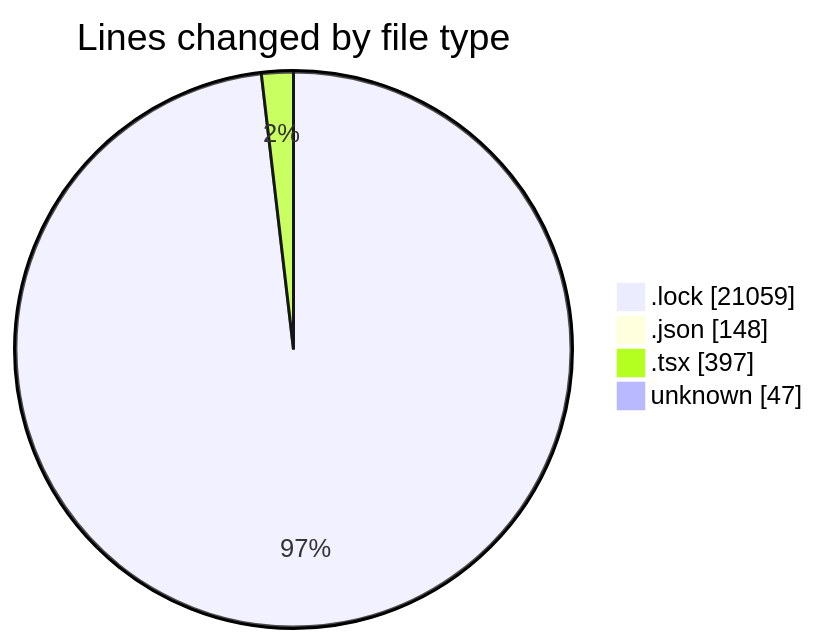
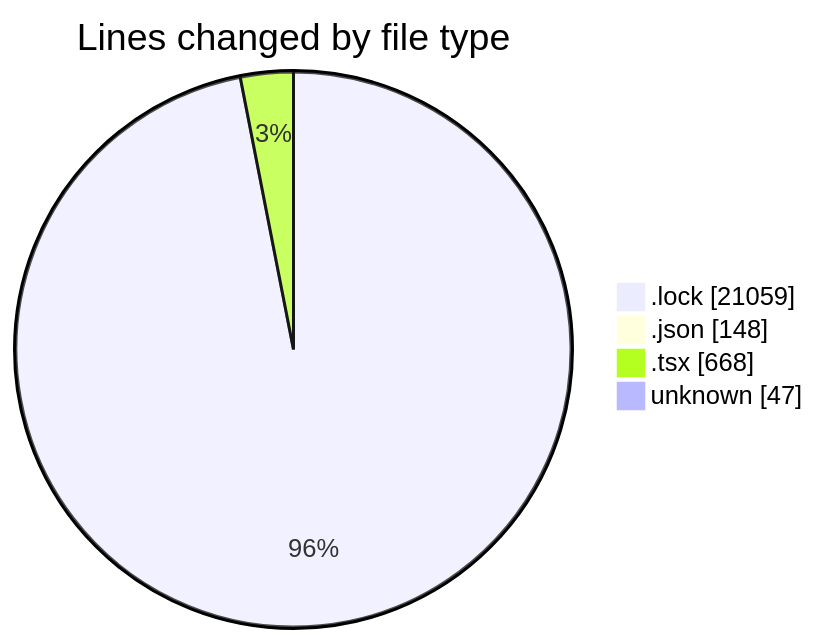
Before and after one commit to momahboobian/code-tracking: the first of 2 diagrams in 2025-10-20/cda/README.md, drawn with Mermaid. The commit also changed other lines of this file and 1 other file, not shown here.

````diff
--- a/2025-10-20/cda/README.md
+++ b/2025-10-20/cda/README.md
@@ -27,8 +28,8 @@
 ```mermaid
 pie showData
 title Lines changed by file type
 ".lock" : 21059
 ".json" : 148
-".tsx" : 397
+".tsx" : 668
 "unknown" : 47
 ```
````
